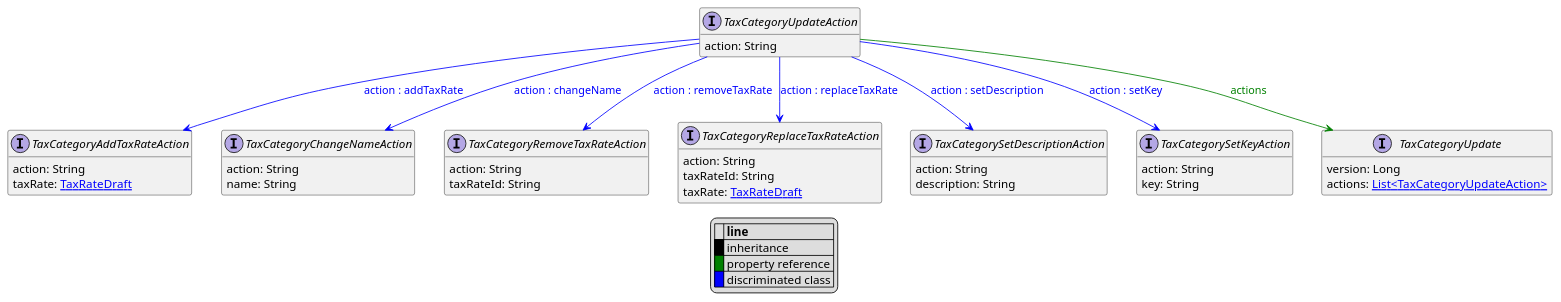
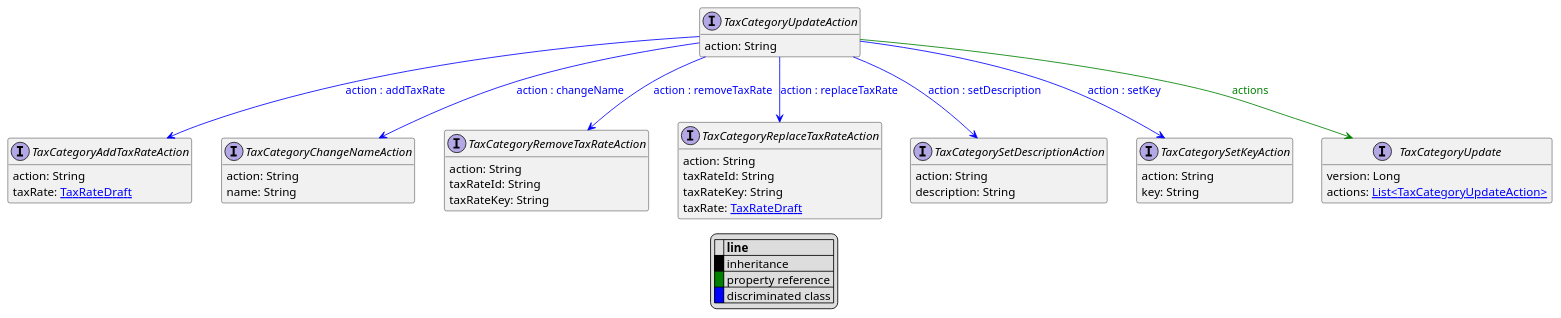
The diagram in uml/api/TaxCategoryUpdateAction.puml (commercetools/commercetools-api-reference), drawn with PlantUML before and after one commit. The commit also changed 12 other files, not shown here.

```diff
--- a/uml/api/TaxCategoryUpdateAction.puml
+++ b/uml/api/TaxCategoryUpdateAction.puml
@@ -1,52 +1,54 @@
 @startuml
 
 hide empty fields
 hide empty methods
 legend
 |= |= line |
 |<back:black>   </back>| inheritance |
 |<back:green>   </back>| property reference |
 |<back:blue>   </back>| discriminated class |
 endlegend
 interface TaxCategoryUpdateAction [[TaxCategoryUpdateAction.svg]]  {
     action: String
 }
 
 
 interface TaxCategoryAddTaxRateAction [[TaxCategoryAddTaxRateAction.svg]]  {
     action: String
     taxRate: [[TaxRateDraft.svg TaxRateDraft]]
 }
 interface TaxCategoryChangeNameAction [[TaxCategoryChangeNameAction.svg]]  {
     action: String
     name: String
 }
 interface TaxCategoryRemoveTaxRateAction [[TaxCategoryRemoveTaxRateAction.svg]]  {
     action: String
     taxRateId: String
+    taxRateKey: String
 }
 interface TaxCategoryReplaceTaxRateAction [[TaxCategoryReplaceTaxRateAction.svg]]  {
     action: String
     taxRateId: String
+    taxRateKey: String
     taxRate: [[TaxRateDraft.svg TaxRateDraft]]
 }
 interface TaxCategorySetDescriptionAction [[TaxCategorySetDescriptionAction.svg]]  {
     action: String
     description: String
 }
 interface TaxCategorySetKeyAction [[TaxCategorySetKeyAction.svg]]  {
     action: String
     key: String
 }
 interface TaxCategoryUpdate [[TaxCategoryUpdate.svg]]  {
     version: Long
     actions: [[TaxCategoryUpdateAction.svg List<TaxCategoryUpdateAction>]]
 }
 TaxCategoryUpdateAction --> TaxCategoryAddTaxRateAction #blue;text:blue : "action : addTaxRate"
 TaxCategoryUpdateAction --> TaxCategoryChangeNameAction #blue;text:blue : "action : changeName"
 TaxCategoryUpdateAction --> TaxCategoryRemoveTaxRateAction #blue;text:blue : "action : removeTaxRate"
 TaxCategoryUpdateAction --> TaxCategoryReplaceTaxRateAction #blue;text:blue : "action : replaceTaxRate"
 TaxCategoryUpdateAction --> TaxCategorySetDescriptionAction #blue;text:blue : "action : setDescription"
 TaxCategoryUpdateAction --> TaxCategorySetKeyAction #blue;text:blue : "action : setKey"
 TaxCategoryUpdateAction --> TaxCategoryUpdate #green;text:green : "actions"
 @enduml
```
